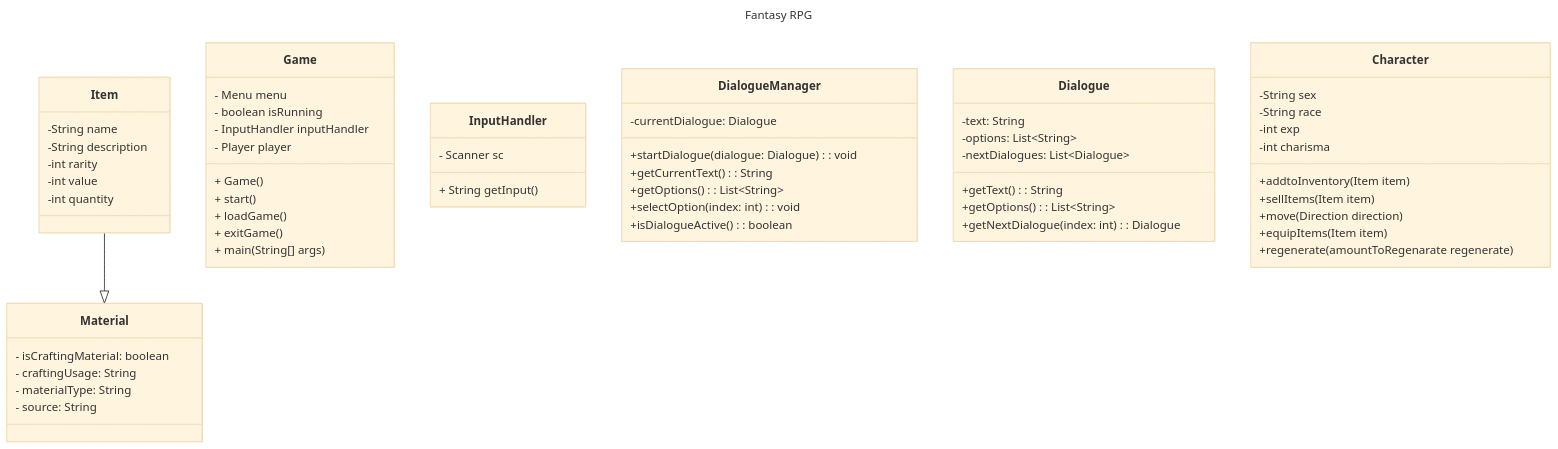
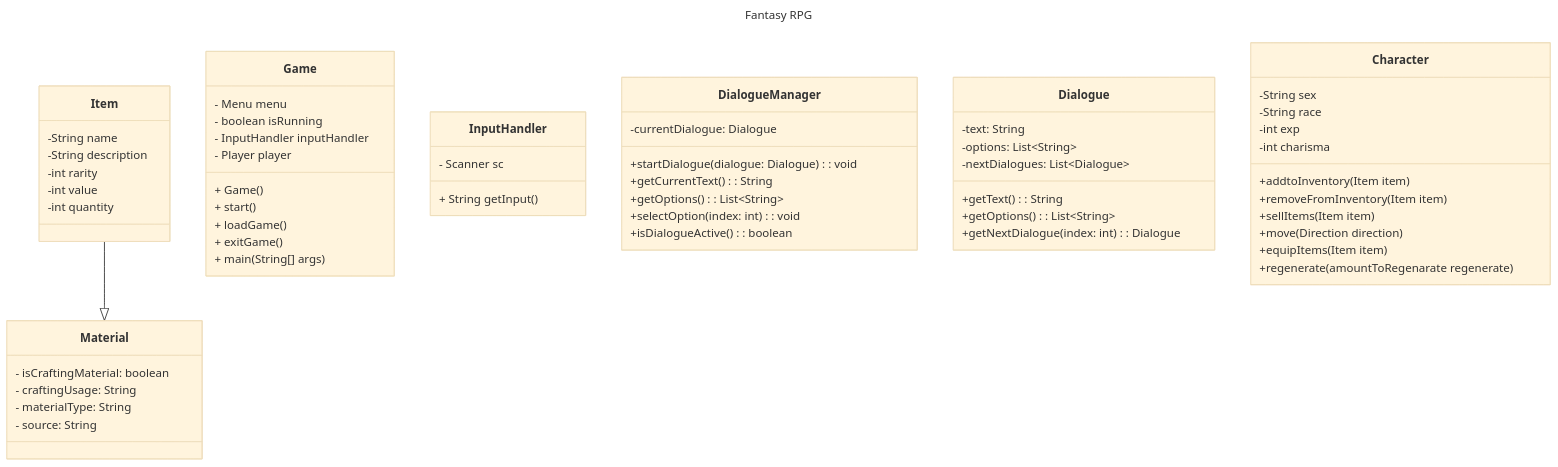
One commit to pacalso-jjc/2425-2nd-cc3-1b-rpg changed the diagram in wiki/Class-Diagram.md. Above: the diagram before and after it, drawn with Mermaid (base theme).

Commit message:
doc-2v2: added removeFromInventory method

````diff
--- a/wiki/Class-Diagram.md
+++ b/wiki/Class-Diagram.md
@@ -1,69 +1,70 @@
 ```mermaid
 ---
 title: Fantasy RPG
 ---
 classDiagram
     Item --|> Material
     class Material {
         - isCraftingMaterial: boolean
         - craftingUsage: String
         - materialType: String
         - source: String
     }
 
     class Item{
         -String name
         -String description
         -int rarity
         -int value
         -int quantity
     }
 
     class Game{
         - Menu menu
         - boolean isRunning
         - InputHandler inputHandler
         - Player player
         + Game()
         + start()
         + loadGame()
         + exitGame()
         + main(String[] args)
     }
 
     class InputHandler{
         - Scanner sc
         + String getInput()
     }
 
     class DialogueManager {
         -currentDialogue: Dialogue
         +startDialogue(dialogue: Dialogue): void
         +getCurrentText(): String
         +getOptions(): List~String~
         +selectOption(index: int): void
         +isDialogueActive(): boolean
     } 
 
     class Dialogue {
         -text: String
         -options: List~String~
         -nextDialogues: List~Dialogue~
         +getText(): String
         +getOptions(): List~String~
         +getNextDialogue(index: int): Dialogue
     }
 
     class Character{
      -String sex
      -String race
      -int exp
      -int charisma
      +addtoInventory(Item item)
+     +removeFromInventory(Item item)
      +sellItems(Item item)
      +move(Direction direction)
      +equipItems(Item item)
      +regenerate(amountToRegenarate regenerate)
-     }
+    }
 
 ```
````
